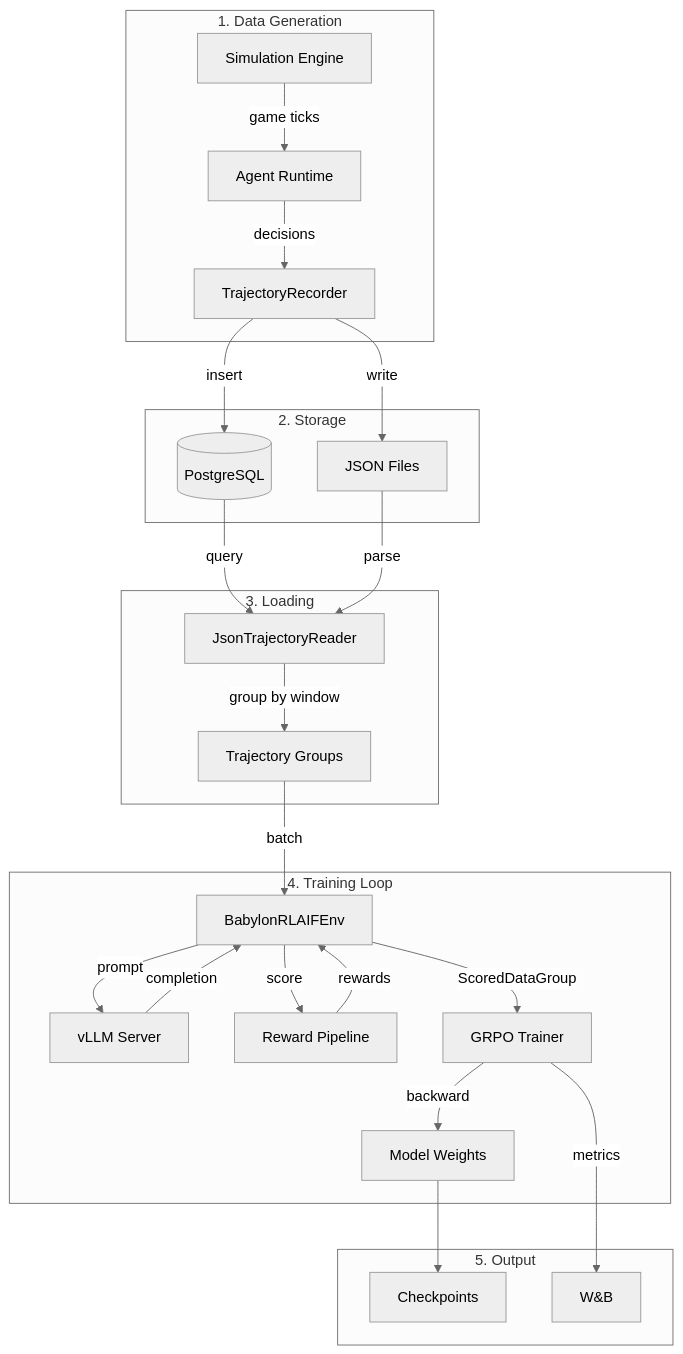
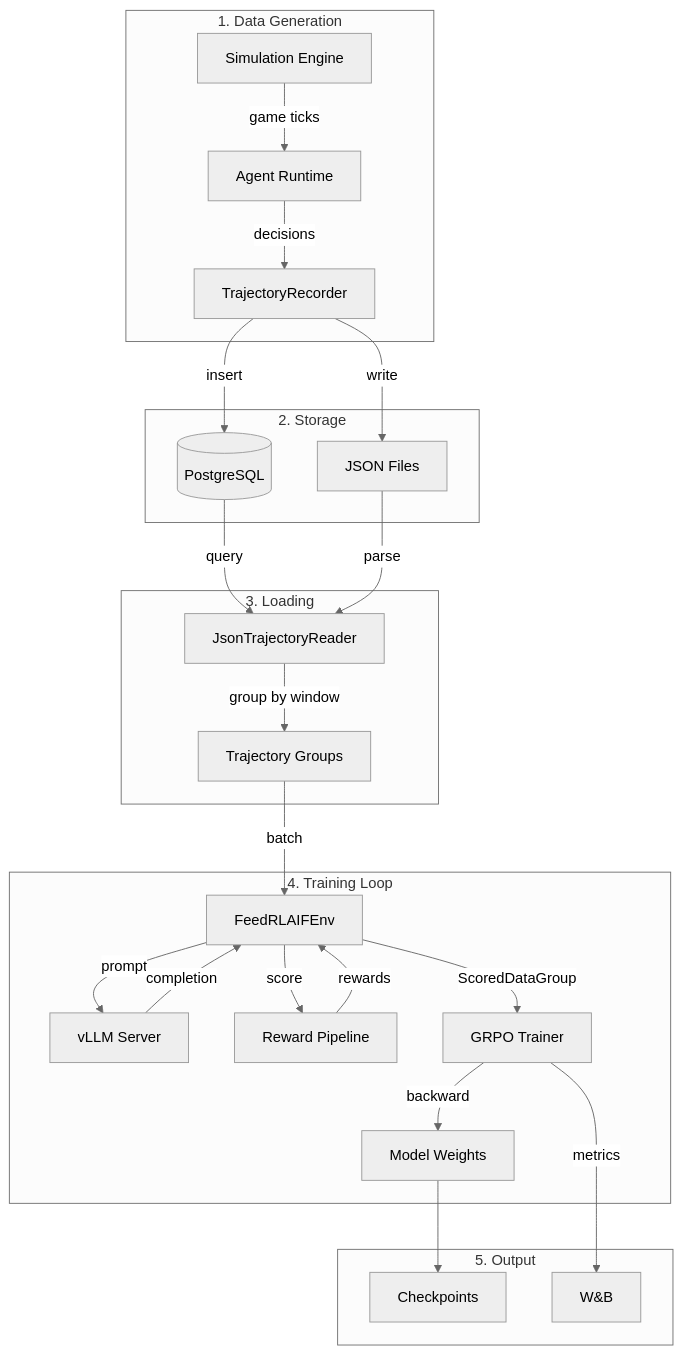
Before and after one commit to elizaOS/eliza: the first of 2 diagrams in packages/feed/packages/training/book/src/architecture/data-flow.md, drawn with Mermaid (neutral theme). The commit also changed other lines of this file and 2477 other files, not shown here.

First line of the commit message:
chore(feed): rename babylon → feed across packages/feed

````diff
--- a/packages/feed/packages/training/book/src/architecture/data-flow.md
+++ b/packages/feed/packages/training/book/src/architecture/data-flow.md
@@ -7,33 +7,33 @@
 ```mermaid
 flowchart TB
     subgraph GEN["1. Data Generation"]
         SIM[Simulation Engine] --> |game ticks| AGENT[Agent Runtime]
         AGENT --> |decisions| REC[TrajectoryRecorder]
     end
     
     subgraph STORE["2. Storage"]
         REC --> |insert| DB[(PostgreSQL)]
         REC --> |write| JSON[JSON Files]
     end
     
     subgraph LOAD["3. Loading"]
         DB --> |query| READER[JsonTrajectoryReader]
         JSON --> |parse| READER
         READER --> |group by window| GROUPS[Trajectory Groups]
     end
     
     subgraph TRAIN["4. Training Loop"]
-        GROUPS --> |batch| ENV[BabylonRLAIFEnv]
+        GROUPS --> |batch| ENV[FeedRLAIFEnv]
         ENV --> |prompt| VLLM[vLLM Server]
         VLLM --> |completion| ENV
         ENV --> |score| SCORER[Reward Pipeline]
         SCORER --> |rewards| ENV
         ENV --> |ScoredDataGroup| TRAINER[GRPO Trainer]
         TRAINER --> |backward| MODEL[Model Weights]
     end
     
     subgraph OUT["5. Output"]
         MODEL --> CKPT[Checkpoints]
         TRAINER --> |metrics| WANDB[W&B]
     end
 ```
````
